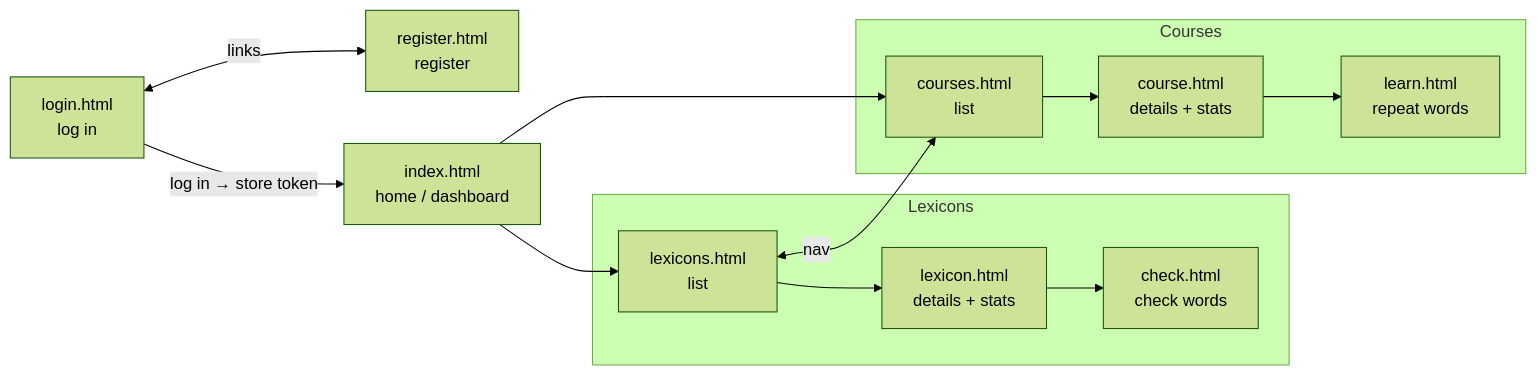
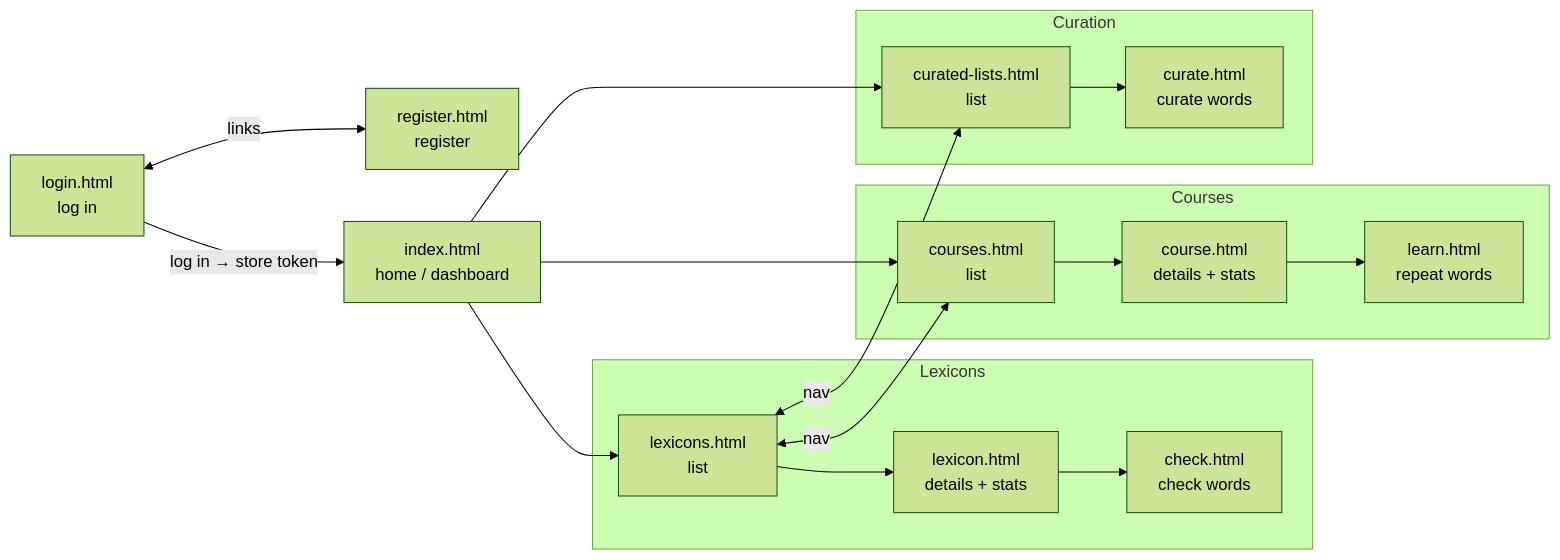
One commit to enzet/Emmio changed the first of 3 diagrams in web/README.md. Above: the diagram before and after it, drawn with Mermaid (forest theme). The commit also changed other lines of this file and 18 other files, not shown here.

````diff
--- a/web/README.md
+++ b/web/README.md
@@ -68,26 +71,34 @@
 ```mermaid
 flowchart LR
     login["login.html<br/>log in"]
     register["register.html<br/>register"]
     home["index.html<br/>home / dashboard"]
     login <-->|"links"| register
 
     subgraph lex["Lexicons"]
         lexicons["lexicons.html<br/>list"]
         lexicon["lexicon.html<br/>details + stats"]
         check["check.html<br/>check words"]
         lexicons --> lexicon --> check
     end
 
     subgraph courses["Courses"]
         courseList["courses.html<br/>list"]
         course["course.html<br/>details + stats"]
         learn["learn.html<br/>repeat words"]
         courseList --> course --> learn
     end
 
+    subgraph curation["Curation"]
+        curatedLists["curated-lists.html<br/>list"]
+        curate["curate.html<br/>curate words"]
+        curatedLists --> curate
+    end
+
     login -->|"log in → store token"| home
     home --> lexicons
     home --> courseList
+    home --> curatedLists
     lexicons <-->|"nav"| courseList
+    lexicons <-->|"nav"| curatedLists
 ```
````
